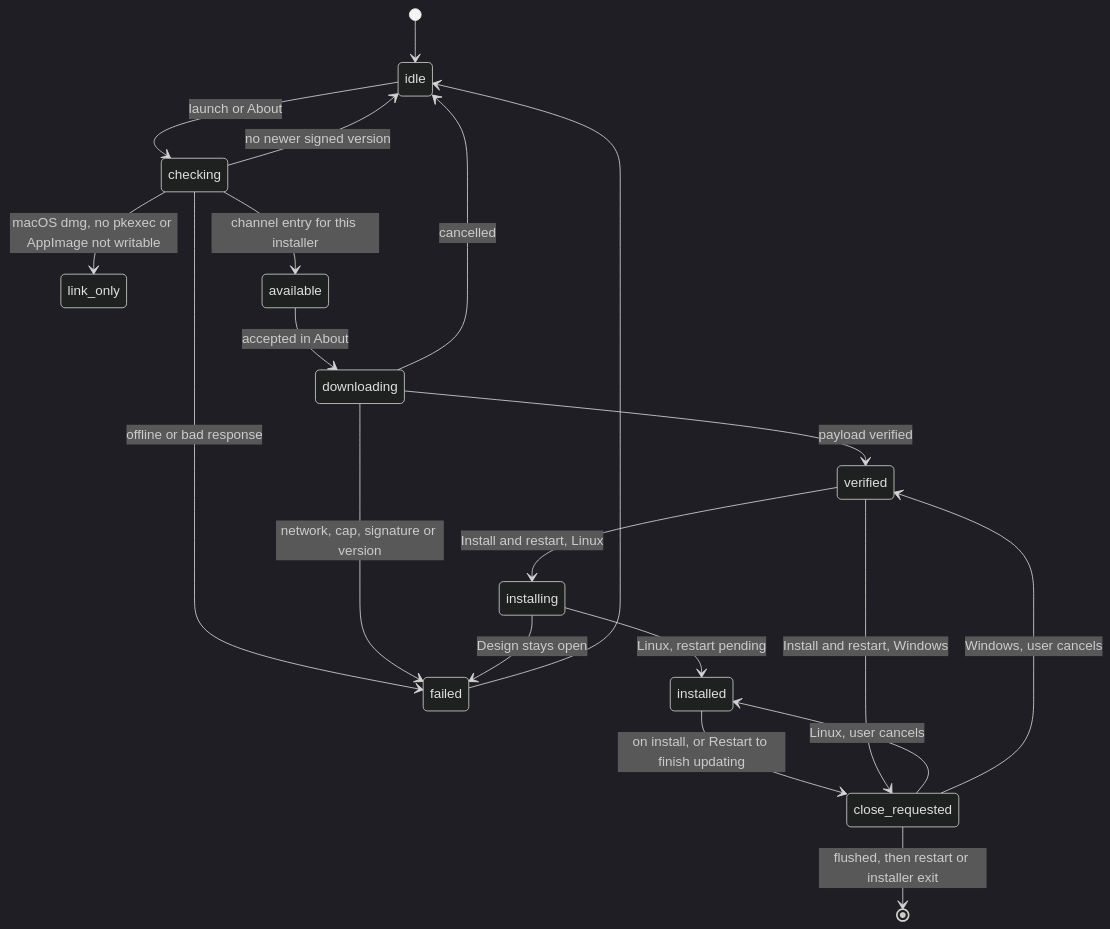
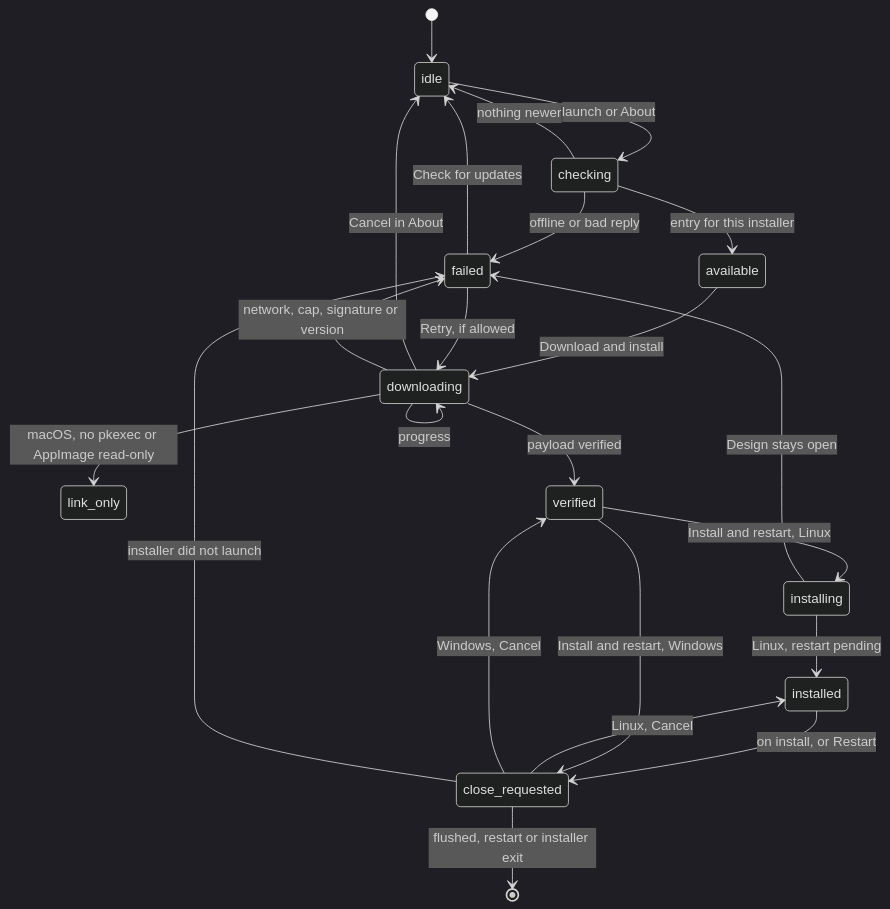
Before and after one commit to opencanopi/canopi: the seventh of 15 diagrams in docs/architecture/states.md, drawn with Mermaid (dark theme). The commit also changed other lines of this file and 7 other files, not shown here.

````diff
--- a/docs/architecture/states.md
+++ b/docs/architecture/states.md
@@ -162,22 +162,25 @@
 ```mermaid
 stateDiagram-v2
   [*] --> idle
   idle --> checking: launch or About
-  checking --> idle: no newer signed version
-  checking --> failed: offline or bad response
-  checking --> link_only: macOS dmg, no pkexec or AppImage not writable
-  checking --> available: channel entry for this installer
-  available --> downloading: accepted in About
-  downloading --> idle: cancelled
+  checking --> idle: nothing newer
+  checking --> failed: offline or bad reply
+  checking --> available: entry for this installer
+  available --> downloading: Download and install
+  downloading --> downloading: progress
+  downloading --> idle: Cancel in About
   downloading --> failed: network, cap, signature or version
-  failed --> idle
+  downloading --> link_only: macOS, no pkexec or AppImage read-only
+  failed --> idle: Check for updates
+  failed --> downloading: Retry, if allowed
   downloading --> verified: payload verified
   verified --> installing: Install and restart, Linux
   installing --> installed: Linux, restart pending
   installing --> failed: Design stays open
-  installed --> close_requested: on install, or Restart to finish updating
-  close_requested --> installed: Linux, user cancels
+  installed --> close_requested: on install, or Restart
+  close_requested --> installed: Linux, Cancel
   verified --> close_requested: Install and restart, Windows
-  close_requested --> verified: Windows, user cancels
-  close_requested --> [*]: flushed, then restart or installer exit
+  close_requested --> verified: Windows, Cancel
+  close_requested --> failed: installer did not launch
+  close_requested --> [*]: flushed, restart or installer exit
 ```
````
